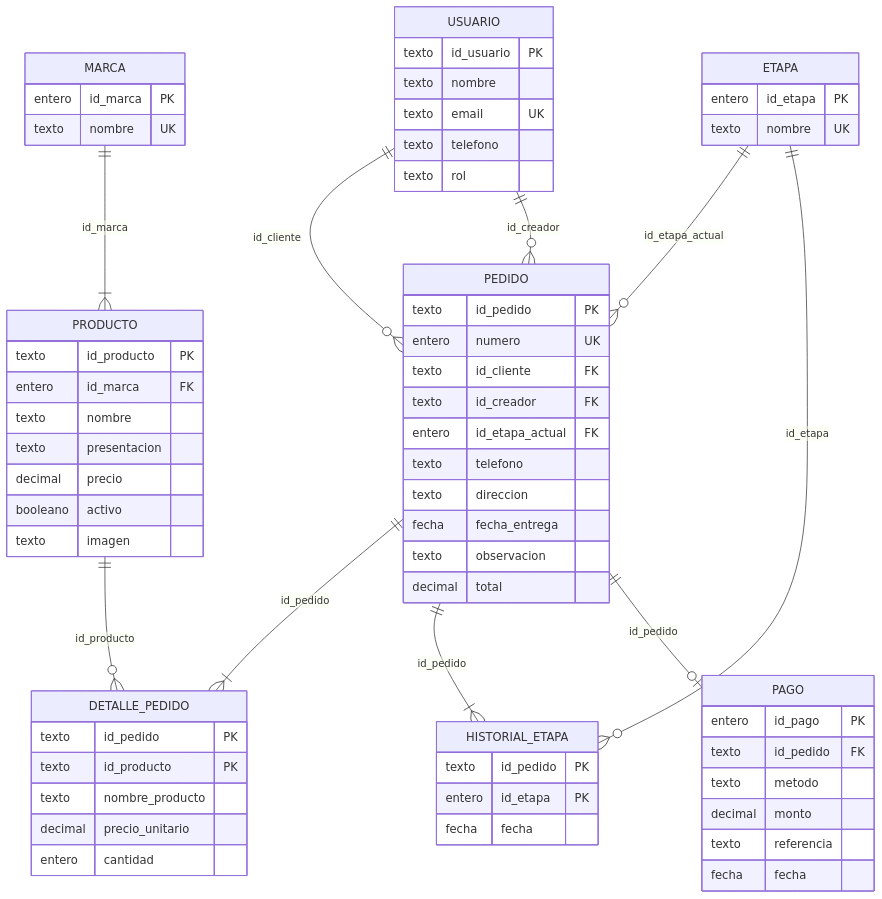
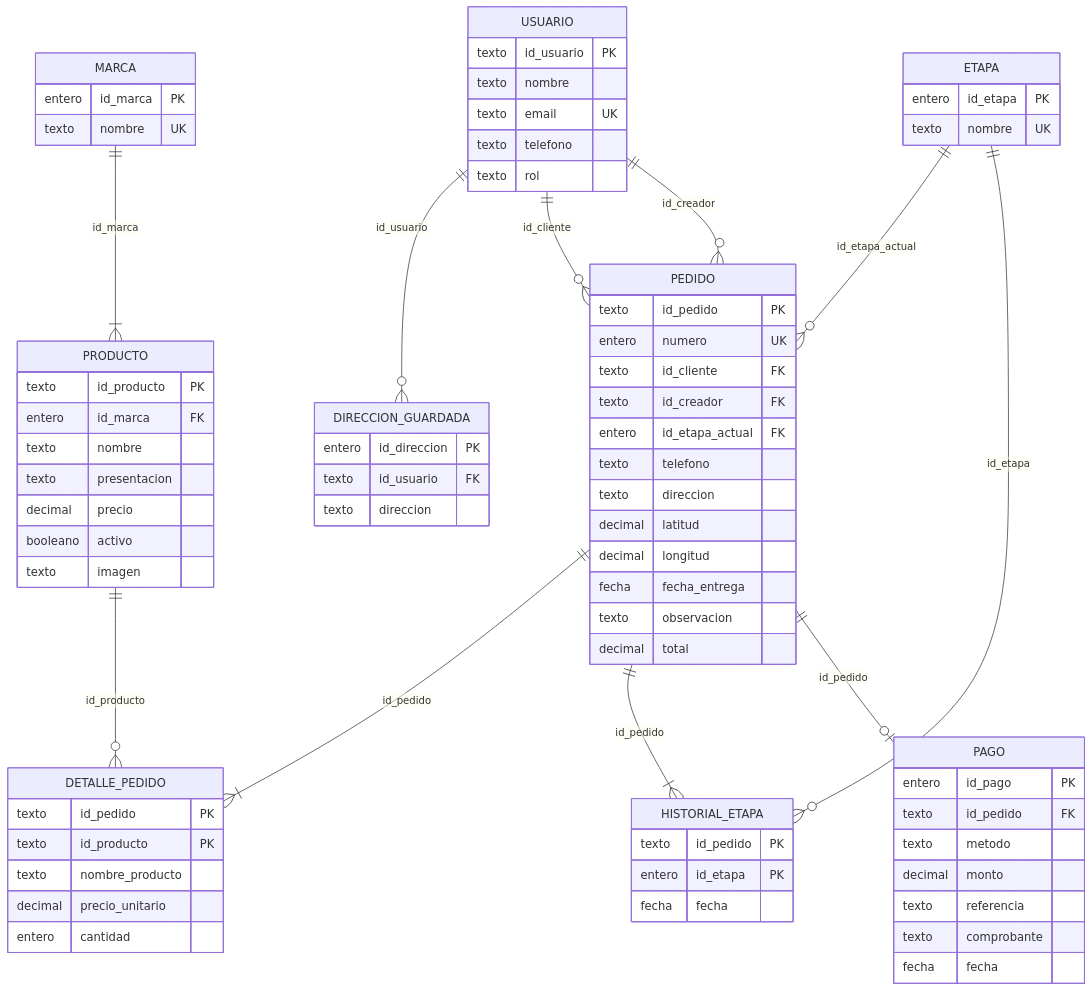
One commit to jorgesoto-13/APP-GEPSAC changed the diagram in docs/MODELOS_CONCEPTUAL_LOGICO_FISICO.md. Above: the diagram before and after it, drawn with Mermaid. The commit also changed other lines of this file and 11 other files, not shown here.

````diff
--- a/docs/MODELOS_CONCEPTUAL_LOGICO_FISICO.md
+++ b/docs/MODELOS_CONCEPTUAL_LOGICO_FISICO.md
@@ -97,68 +103,77 @@
 ```mermaid
 erDiagram
+  USUARIO ||--o{ DIRECCION_GUARDADA : "id_usuario"
   USUARIO ||--o{ PEDIDO : "id_cliente"
   USUARIO ||--o{ PEDIDO : "id_creador"
   MARCA ||--|{ PRODUCTO : "id_marca"
   ETAPA ||--o{ PEDIDO : "id_etapa_actual"
   PEDIDO ||--|{ DETALLE_PEDIDO : "id_pedido"
   PRODUCTO ||--o{ DETALLE_PEDIDO : "id_producto"
   PEDIDO ||--|{ HISTORIAL_ETAPA : "id_pedido"
   ETAPA ||--o{ HISTORIAL_ETAPA : "id_etapa"
   PEDIDO ||--o| PAGO : "id_pedido"
   USUARIO {
     texto id_usuario PK
     texto nombre
     texto email UK
     texto telefono
     texto rol
+  }
+  DIRECCION_GUARDADA {
+    entero id_direccion PK
+    texto id_usuario FK
+    texto direccion
   }
   MARCA {
     entero id_marca PK
     texto nombre UK
   }
   PRODUCTO {
     texto id_producto PK
     entero id_marca FK
     texto nombre
     texto presentacion
     decimal precio
     booleano activo
     texto imagen
   }
   ETAPA {
     entero id_etapa PK
     texto nombre UK
   }
   PEDIDO {
     texto id_pedido PK
     entero numero UK
     texto id_cliente FK
     texto id_creador FK
     entero id_etapa_actual FK
     texto telefono
     texto direccion
+    decimal latitud
+    decimal longitud
     fecha fecha_entrega
     texto observacion
     decimal total
   }
   DETALLE_PEDIDO {
     texto id_pedido PK
     texto id_producto PK
     texto nombre_producto
     decimal precio_unitario
     entero cantidad
   }
   HISTORIAL_ETAPA {
     texto id_pedido PK
     entero id_etapa PK
     fecha fecha
   }
   PAGO {
     entero id_pago PK
     texto id_pedido FK
     texto metodo
     decimal monto
     texto referencia
+    texto comprobante
     fecha fecha
   }
 ```
````
